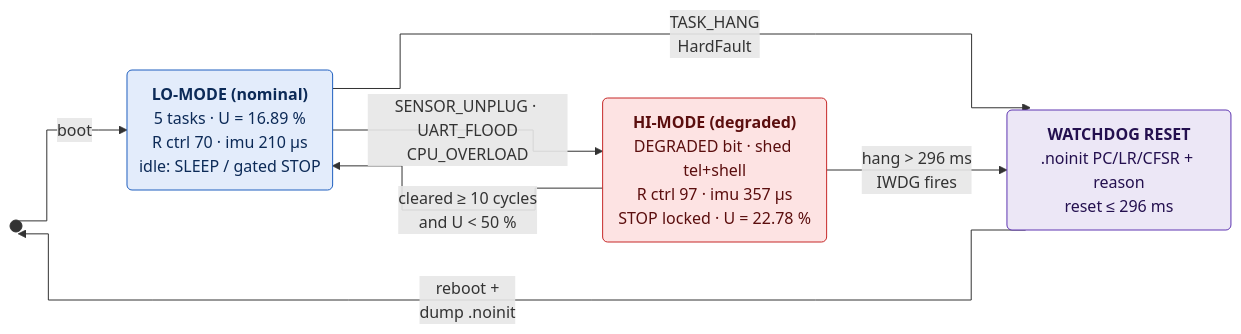
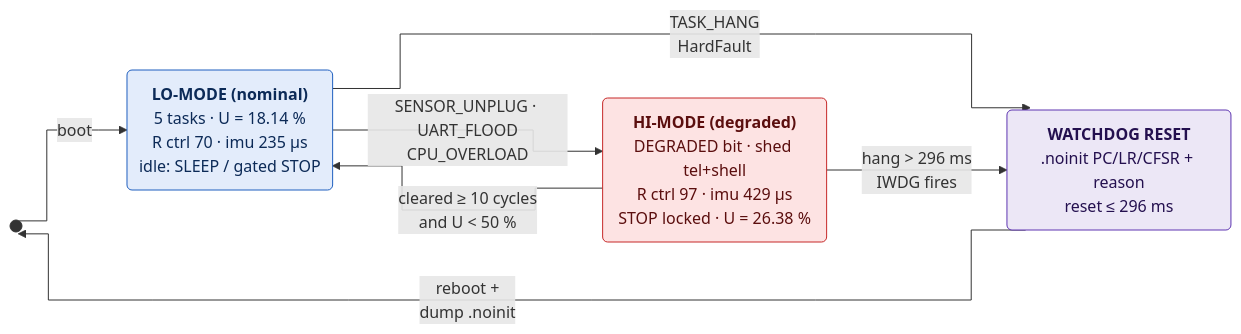
One commit to NguyenTrongNhan2006/intern-261-rtos-course-hard changed the third of 3 diagrams in week4/ex1/REPORT.md. Above: the diagram before and after it, drawn with Mermaid. The commit also changed other lines of this file and 4 other files, not shown here.

````diff
--- a/week4/ex1/REPORT.md
+++ b/week4/ex1/REPORT.md
@@ -127,17 +128,17 @@
 ```mermaid
 %%{init: {"flowchart": {"curve": "step", "nodeSpacing": 60, "rankSpacing": 70, "padding": 12}}}%%
 flowchart LR
     S0(( )):::start -->|boot| LO
-    LO("<b>LO-MODE (nominal)</b><br/>5 tasks · U = 16.89 %<br/>R ctrl 70 · imu 210 µs<br/>idle: SLEEP / gated STOP"):::lo
-    HI("<b>HI-MODE (degraded)</b><br/>DEGRADED bit · shed tel+shell<br/>R ctrl 97 · imu 357 µs<br/>STOP locked · U = 22.78 %"):::hi
+    LO("<b>LO-MODE (nominal)</b><br/>5 tasks · U = 18.14 %<br/>R ctrl 70 · imu 235 µs<br/>idle: SLEEP / gated STOP"):::lo
+    HI("<b>HI-MODE (degraded)</b><br/>DEGRADED bit · shed tel+shell<br/>R ctrl 97 · imu 429 µs<br/>STOP locked · U = 26.38 %"):::hi
     RST("<b>WATCHDOG RESET</b><br/>.noinit PC/LR/CFSR + reason<br/>reset ≤ 296 ms"):::rst
     LO -->|"SENSOR_UNPLUG · UART_FLOOD<br/>CPU_OVERLOAD"| HI
     HI -->|"cleared ≥ 10 cycles<br/>and U < 50 %"| LO
     LO -->|"TASK_HANG<br/>HardFault"| RST
     HI -->|"hang > 296 ms<br/>IWDG fires"| RST
     RST -->|"reboot +<br/>dump .noinit"| S0
     classDef start fill:#333,stroke:#333
     classDef lo fill:#E3ECFB,stroke:#1F5FBF,color:#0C2A57
     classDef hi fill:#FDE3E3,stroke:#C62828,color:#5B0E0E
     classDef rst fill:#ECE7F6,stroke:#5E35B1,color:#24104F
 ```
````
